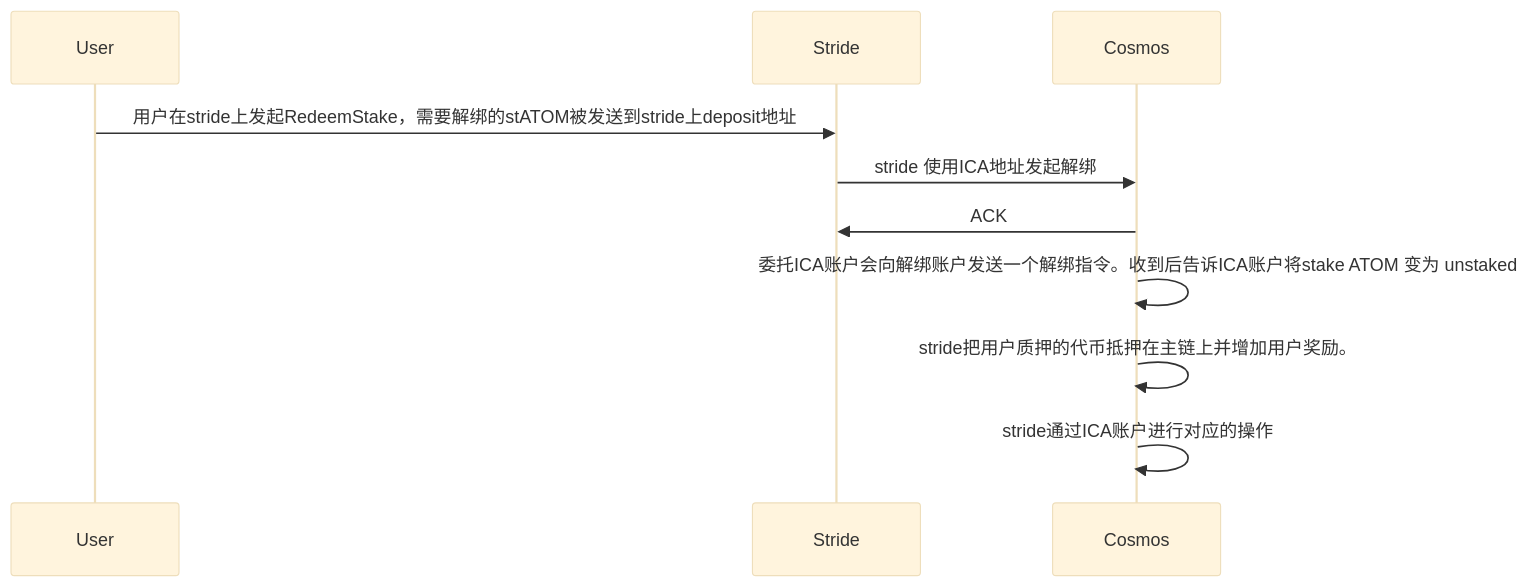
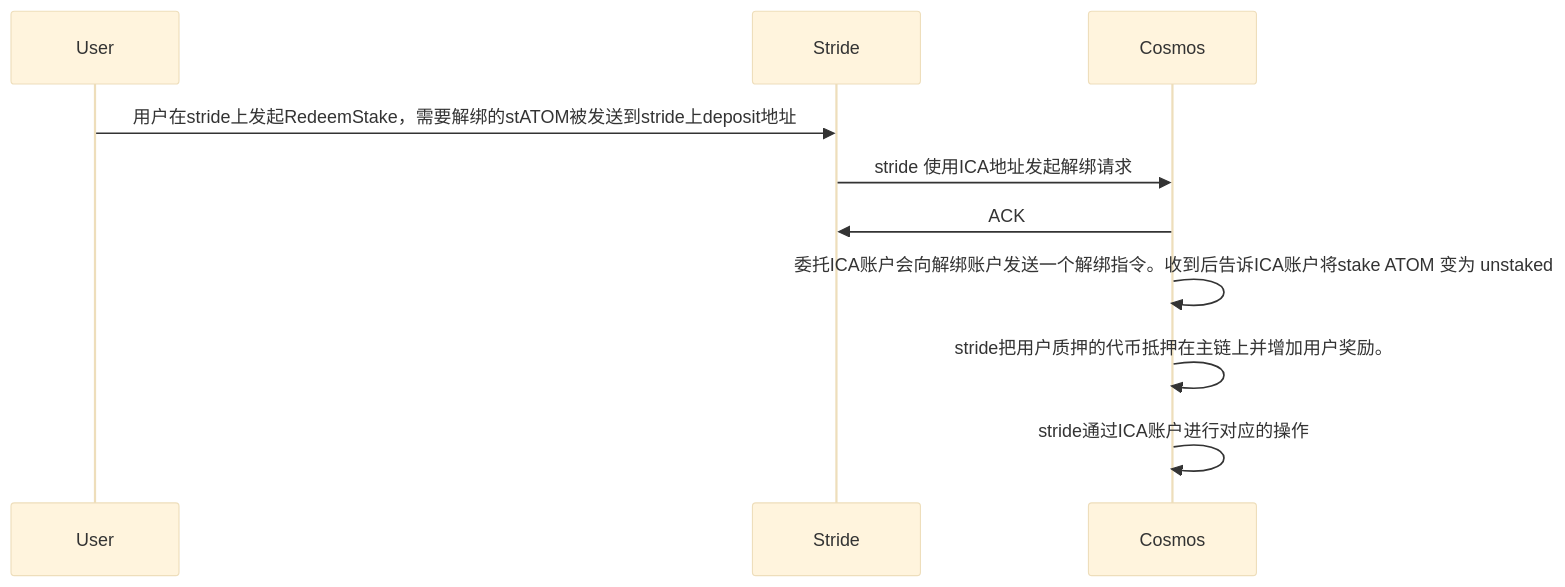
Before and after one commit to yingjianzh/iodraw-files: the diagram in all/unbonding.md, drawn with Mermaid (base theme).

Commit message:
2024-03-28 15:31:07 update

````diff
--- a/all/unbonding.md
+++ b/all/unbonding.md
@@ -1,9 +1,9 @@
 ```mermaid
 sequenceDiagram
     User->>Stride: 用户在stride上发起RedeemStake，需要解绑的stATOM被发送到stride上deposit地址
-    Stride->>Cosmos: stride 使用ICA地址发起解绑
+    Stride->>Cosmos: stride 使用ICA地址发起解绑请求
     Cosmos->>Stride: ACK
     Cosmos->>Cosmos: 委托ICA账户会向解绑账户发送一个解绑指令。收到后告诉ICA账户将stake ATOM 变为 unstaked
     Cosmos->>Cosmos: stride把用户质押的代币抵押在主链上并增加用户奖励。
     Cosmos->>Cosmos: stride通过ICA账户进行对应的操作
 ```
````
